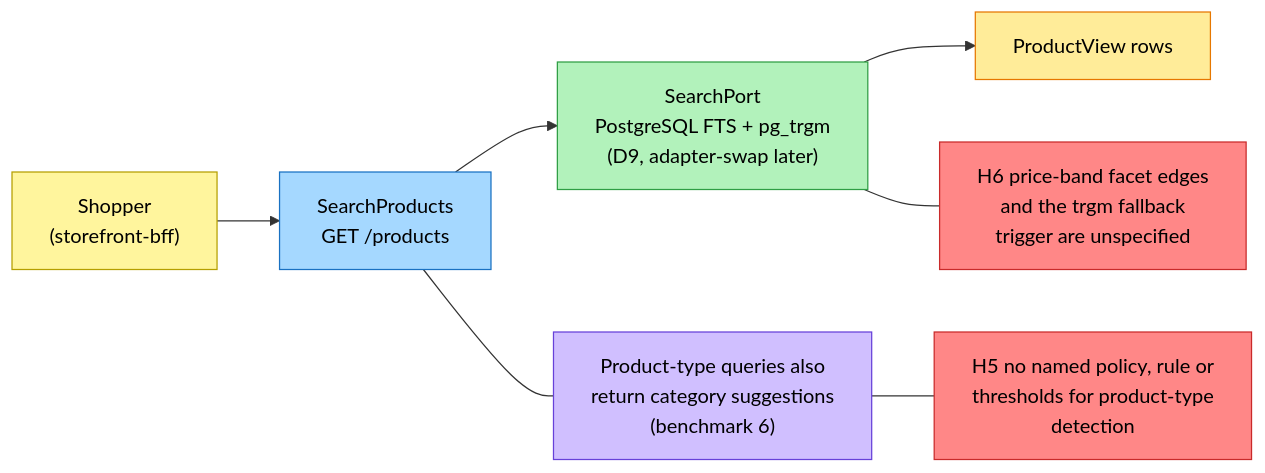
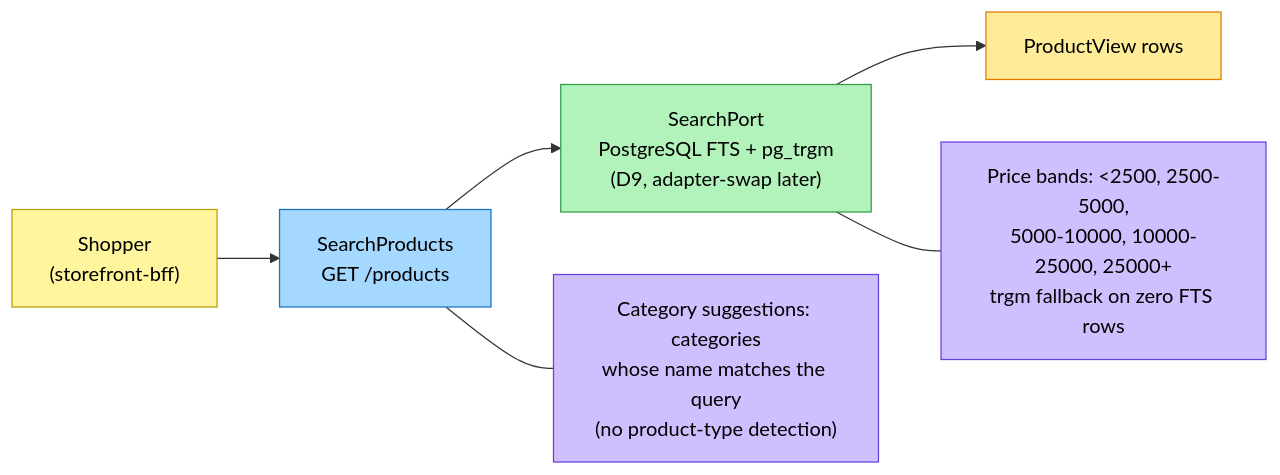
The third of 4 diagrams in storefront/docs/contexts/product-discovery/eventstorming.md (IQVO/warehouse-docs), drawn with Mermaid before and after one commit. The commit also changed other lines of this file and 16 other files, not shown here.

````diff
--- a/storefront/docs/contexts/product-discovery/eventstorming.md
+++ b/storefront/docs/contexts/product-discovery/eventstorming.md
@@ -119,22 +125,20 @@
 ```mermaid
 flowchart LR
     SH["Shopper<br/>(storefront-bff)"]:::actor
     Q1["SearchProducts<br/>GET /products"]:::query
     S["SearchPort<br/>PostgreSQL FTS + pg_trgm<br/>(D9, adapter-swap later)"]:::search
     RM["ProductView rows"]:::readmodel
-    P1["Product-type queries also<br/>return category suggestions<br/>(benchmark 6)"]:::policy
-    H5["H5 no named policy, rule or<br/>thresholds for product-type<br/>detection"]:::hotspot
-    H6["H6 price-band facet edges<br/>and the trgm fallback<br/>trigger are unspecified"]:::hotspot
+    P1["Category suggestions: categories<br/>whose name matches the query<br/>(no product-type detection)"]:::policy
+    P2["Price bands: &lt;2500, 2500-5000,<br/>5000-10000, 10000-25000, 25000+<br/>trgm fallback on zero FTS rows"]:::policy
 
     SH --> Q1 --> S --> RM
     Q1 --- P1
-    P1 --- H5
-    S --- H6
+    S --- P2
 
     classDef actor fill:#fff59d,stroke:#b59f00,color:#000
     classDef readmodel fill:#ffec99,stroke:#e67700,color:#000
     classDef policy fill:#d0bfff,stroke:#6741d9,color:#000
     classDef query fill:#a5d8ff,stroke:#1971c2,color:#000
     classDef search fill:#b2f2bb,stroke:#2f9e44,color:#000
     classDef hotspot fill:#ff8787,stroke:#c92a2a,color:#000
 ```
````
